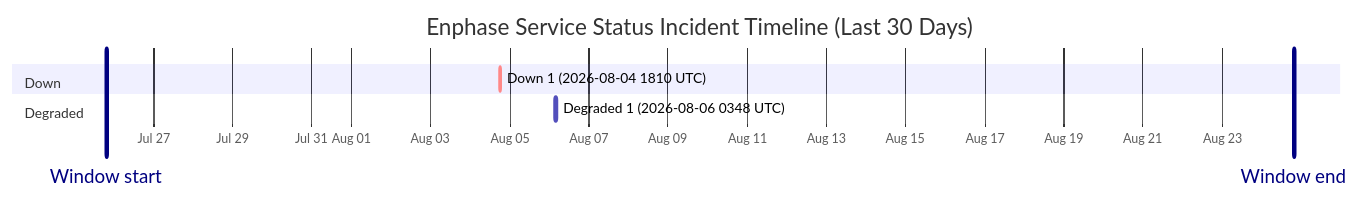
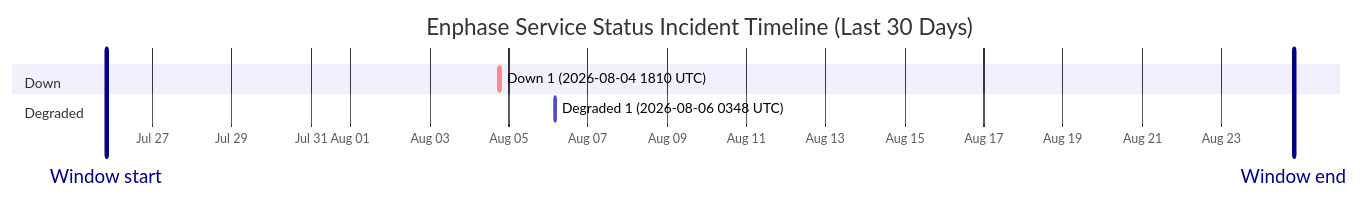
One commit to barneyonline/ha-enphase-energy changed the diagram in wiki/Service-Status-History.md. Above: the diagram before and after it, drawn with Mermaid. The commit also changed other lines of this file and 3 other files, not shown here.

````diff
--- a/wiki/Service-Status-History.md
+++ b/wiki/Service-Status-History.md
@@ -14,12 +14,12 @@
 ```mermaid
 gantt
     title Enphase Service Status Incident Timeline (Last 30 Days)
     dateFormat  YYYY-MM-DDTHH:mm:ss
     axisFormat  %b %d
-    Window start :vert, window-start, 2026-07-25T19:27:23, 0ms
-    Window end :vert, window-end, 2026-08-24T19:27:23, 0ms
+    Window start :vert, window-start, 2026-07-25T19:55:59, 0ms
+    Window end :vert, window-end, 2026-08-24T19:55:59, 0ms
     section Down
     Down 1 (2026-08-04 1810 UTC) :crit, down-1, 2026-08-04T18:10:46, 60m
     section Degraded
     Degraded 1 (2026-08-06 0348 UTC) :active, degraded-1, 2026-08-06T03:48:14, 60m
 ```
````
